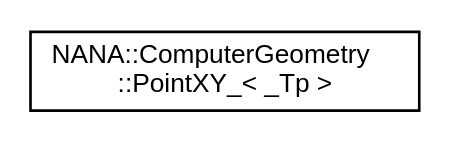
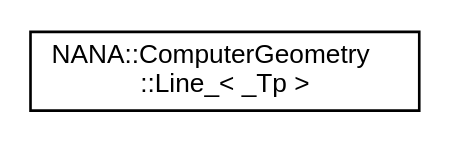
The diagram in docs/inherit_graph_5.dot (YuruTu/NANA), drawn with Graphviz before and after one commit. The commit also changed 146 other files, not shown here.

```diff
--- a/docs/inherit_graph_5.dot
+++ b/docs/inherit_graph_5.dot
@@ -1,8 +1,8 @@
 digraph "类继承关系图"
 {
  // LATEX_PDF_SIZE
   edge [fontname="Helvetica",fontsize="10",labelfontname="Helvetica",labelfontsize="10"];
   node [fontname="Helvetica",fontsize="10",shape=record];
   rankdir="LR";
-  Node0 [label="NANA::ComputerGeometry\l::PointXY_\< _Tp \>",height=0.2,width=0.4,color="black", fillcolor="white", style="filled",URL="$struct_n_a_n_a_1_1_computer_geometry_1_1_point_x_y__.html",tooltip="2D点集"];
+  Node0 [label="NANA::ComputerGeometry\l::Line_\< _Tp \>",height=0.2,width=0.4,color="black", fillcolor="white", style="filled",URL="$struct_n_a_n_a_1_1_computer_geometry_1_1_line__.html",tooltip="直线"];
 }
```
